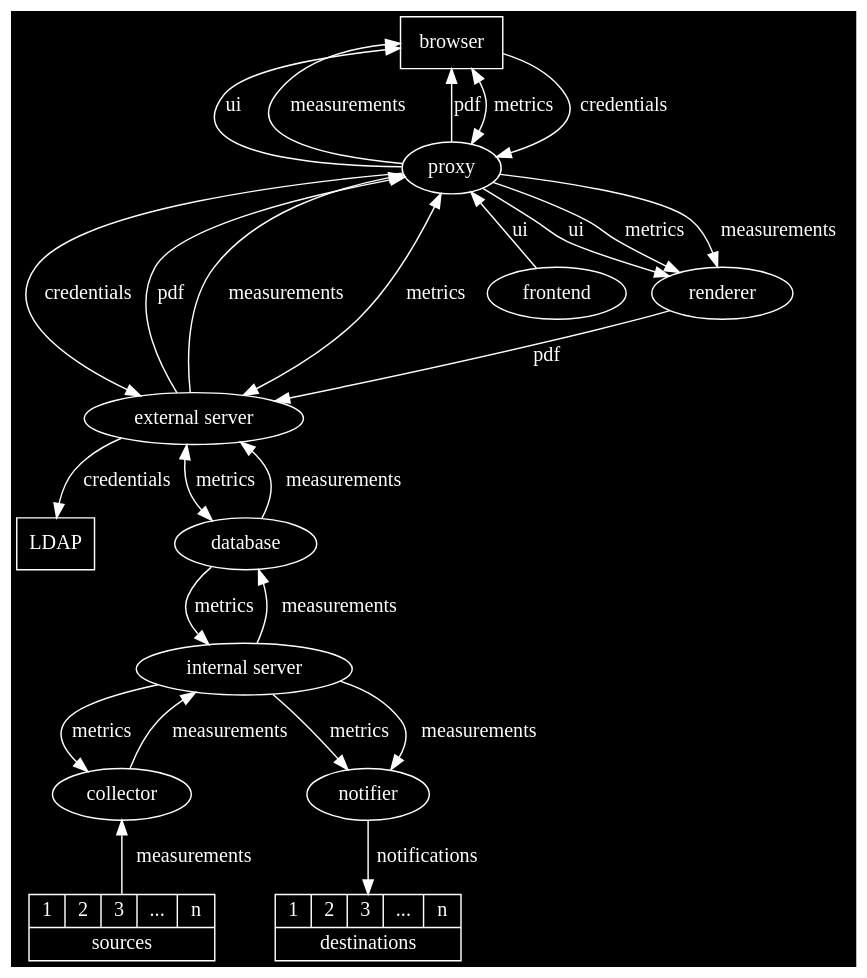
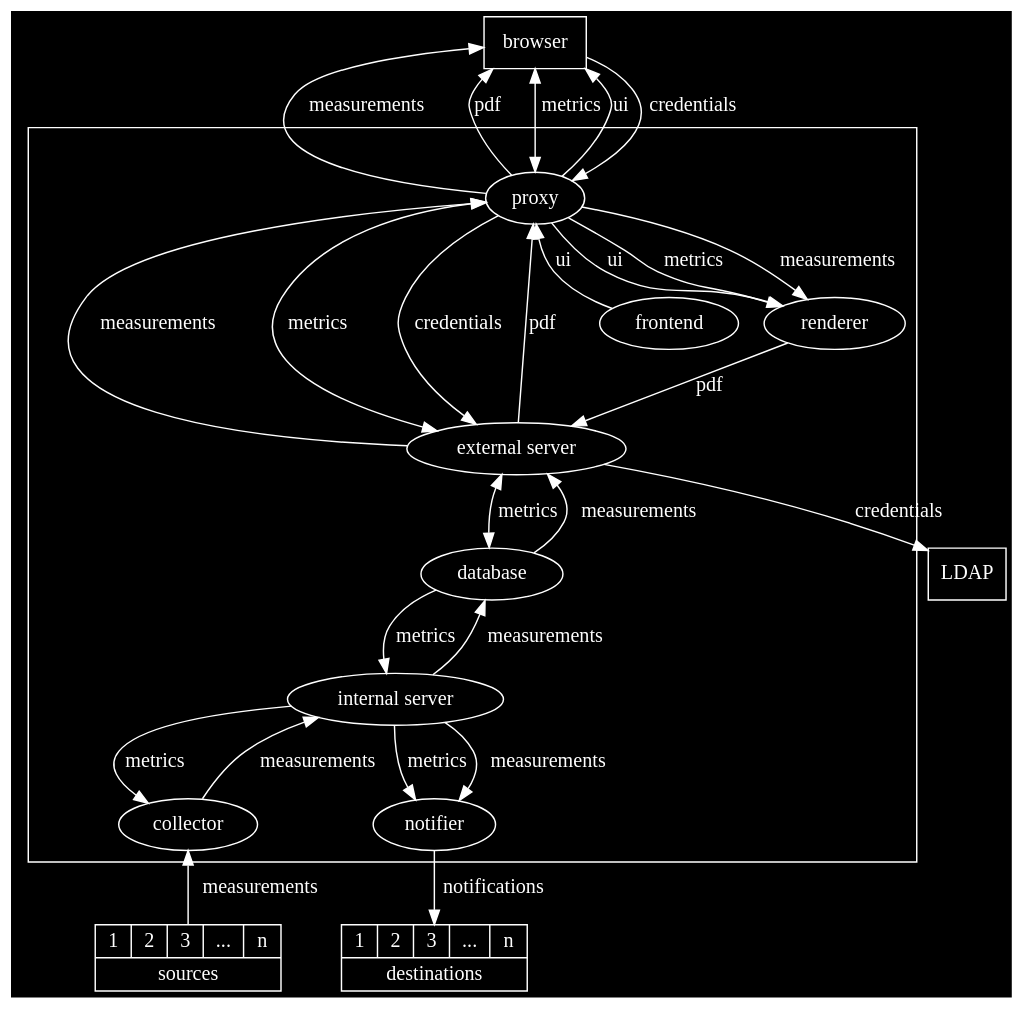
Before and after one commit to ICTU/quality-time: the diagram in docs/src/components-dark.dot, drawn with Graphviz. The commit also changed 1 other file, not shown here.

Commit message:
Better software structure graph.

```diff
--- a/docs/src/components-dark.dot
+++ b/docs/src/components-dark.dot
@@ -1,36 +1,41 @@
 digraph {
   graph [bgcolor=transparant, fontname="SFMono-Regular"]
   node [color=white, fontcolor=white, fontname="SFMono-Regular"]
   edge [color=white, fontcolor=white, fontname="SFMono-Regular"]
   browser [shape=rectangle]
   ldap [shape=rectangle, label="LDAP"]
-  external_server [label="external server"]
-  internal_server [label="internal server"]
-  browser -> proxy [label=ui, dir="back"]
+  subgraph cluster_qt {
+    rank="min"
+    label="Quality-time"
+    color=white
+    external_server [label="external server"]
+    internal_server [label="internal server"]
+    proxy -> frontend [label=ui, dir="back"]
+    proxy -> external_server [label=measurements, dir="back"]
+    proxy -> external_server [label=metrics, dir="both"]
+    proxy -> external_server [label=credentials]
+    proxy -> external_server [label=pdf, dir="back"]
+    proxy -> renderer [label=ui]
+    proxy -> renderer [label=metrics]
+    proxy -> renderer [label=measurements]
+    external_server -> database [label=metrics, dir="both"]
+    external_server -> database [label=measurements, dir="back"]
+    database -> internal_server [label=metrics]
+    database -> internal_server [label=measurements, dir="back"]
+    internal_server -> collector [label=metrics]
+    internal_server -> collector [label=measurements, dir="back"]
+    internal_server -> notifier [label=metrics]
+    internal_server -> notifier [label=measurements]
+    renderer -> external_server [label=pdf]
+  }
   browser -> proxy [label=measurements, dir="back"]
   browser -> proxy [label=pdf, dir="back"]
   browser -> proxy [label=metrics, dir="both"]
-  proxy -> frontend [label=ui, dir="back"]
-  proxy -> external_server [label=measurements, dir="back"]
-  proxy -> external_server [label=metrics, dir="both"]
-  internal_server -> database [label=measurements]
-  database -> internal_server [label=metrics]
-  database -> external_server [label=measurements]
-  external_server -> database [label=metrics, dir="both"]
-  collector -> internal_server [label=measurements]
-  internal_server -> collector [label=metrics]
+  browser -> proxy [label=ui, dir="back"]
+  browser -> proxy [label=credentials]
   collector -> source [label=measurements, dir="back"]
-  internal_server -> notifier [label=metrics]
-  internal_server -> notifier [label=measurements]
   notifier -> destination [label=notifications]
-  proxy -> renderer [label=ui]
-  proxy -> renderer [label=metrics]
-  proxy -> renderer [label=measurements]
-  renderer -> external_server [label=pdf]
-  external_server -> proxy [label=pdf]
-  browser -> proxy [label=credentials]
-  proxy -> external_server [label=credentials]
   external_server -> ldap [label=credentials]
   source [label="{{1|2|3|...|n}|sources}" shape=record]
   destination [label="{{1|2|3|...|n}|destinations}" shape=record]
 }
```
